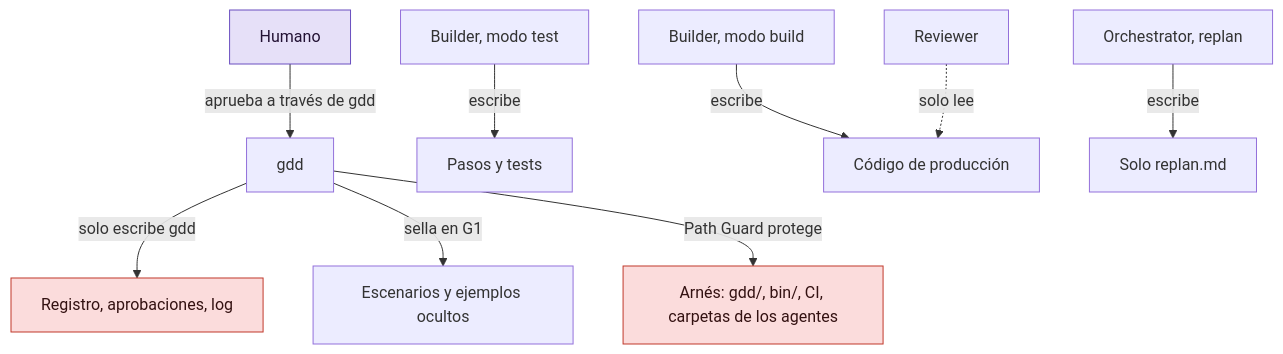
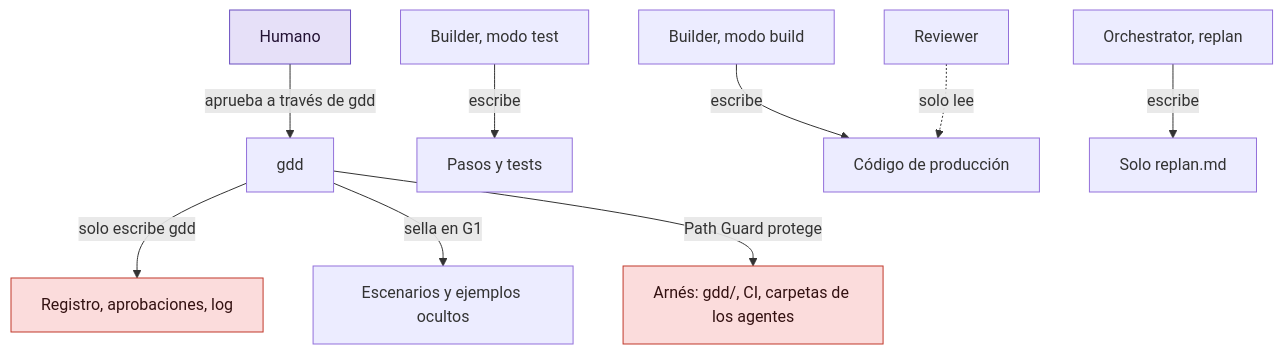
Before and after one commit to MarsGotta/gdd: the diagram in docs/es/explanation/safety.md, drawn with Mermaid. The commit also changed other lines of this file and 210 other files, not shown here.

````diff
--- a/docs/es/explanation/safety.md
+++ b/docs/es/explanation/safety.md
@@ -33,15 +41,15 @@
 ```mermaid
 flowchart TD
     H["Humano"] -->|"aprueba a través de gdd"| GD["gdd"]
     GD -->|"solo escribe gdd"| ST["Registro, aprobaciones, log"]
     GD -->|"sella en G1"| SC["Escenarios y ejemplos ocultos"]
     T["Builder, modo test"] -->|"escribe"| SP["Pasos y tests"]
     BM["Builder, modo build"] -->|"escribe"| CODE["Código de producción"]
     O["Orchestrator, replan"] -->|"escribe"| RP["Solo replan.md"]
     R["Reviewer"] -.->|"solo lee"| CODE
-    GD -->|"Path Guard protege"| HA["Arnés: gdd/, bin/, CI, carpetas de los agentes"]
+    GD -->|"Path Guard protege"| HA["Arnés: gdd/, CI, carpetas de los agentes"]
     classDef human fill:#e6e0f8,stroke:#6a4fc0,color:#213
     classDef red fill:#fbdcdc,stroke:#c0392b,color:#311
     class H human
     class HA,ST red
 ```
````
